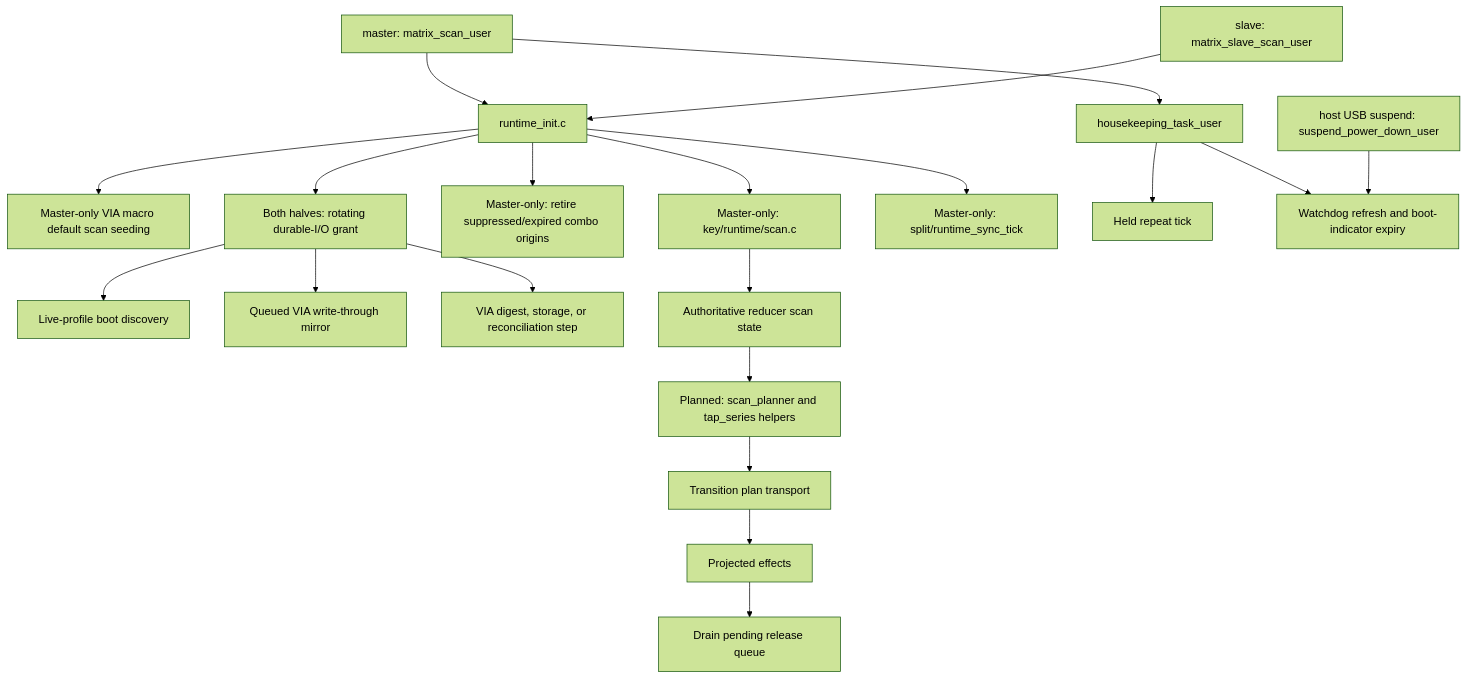
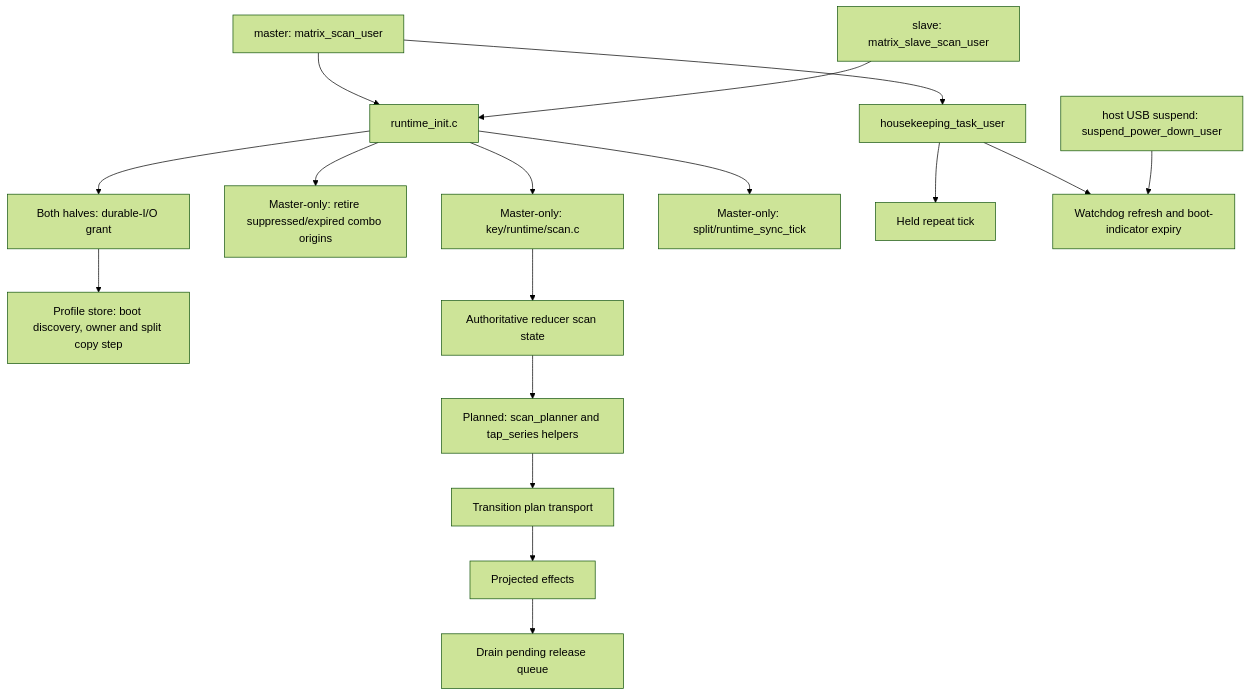
Before and after one commit to NoahCLR/charybdis-4x6: the fourth of 11 diagrams in docs/architecture/runtime-flow.md, drawn with Mermaid (forest theme). The commit also changed other lines of this file and 198 other files, not shown here.

First line of the commit message:
Remove VIA from the firmware: one store, Raw HID of its own

````diff
--- a/docs/architecture/runtime-flow.md
+++ b/docs/architecture/runtime-flow.md
@@ -165,22 +165,19 @@
 ```mermaid
 flowchart TD
     master_scan["master: matrix_scan_user"] --> init["runtime_init.c"]
     slave_scan["slave: matrix_slave_scan_user"] --> init
-    init --> via["Master-only VIA macro default scan seeding"]
-    init --> durable["Both halves: rotating durable-I/O grant"]
-    durable --> discovery["Live-profile boot discovery"]
-    durable --> mirror["Queued VIA write-through mirror"]
-    durable --> via_sync["VIA digest, storage, or reconciliation step"]
+    init --> durable["Both halves: durable-I/O grant"]
+    durable --> discovery["Profile store: boot discovery, owner and split copy step"]
     init --> combo["Master-only: retire suppressed/expired combo origins"]
     init --> key_scan["Master-only: key/runtime/scan.c"]
     key_scan --> reducer_scan["Authoritative reducer scan state"]
     reducer_scan --> scan_plan["Planned: scan_planner and tap_series helpers"]
     scan_plan --> transition["Transition plan transport"]
     transition --> projection["Projected effects"]
     projection --> pending["Drain pending release queue"]
     init --> split["Master-only: split/runtime_sync_tick"]
     master_scan --> housekeeping["housekeeping_task_user"]
     housekeeping --> repeat["Held repeat tick"]
     housekeeping --> diag["Watchdog refresh and boot-indicator expiry"]
     usb_suspend["host USB suspend: suspend_power_down_user"] --> diag
 ```
````
